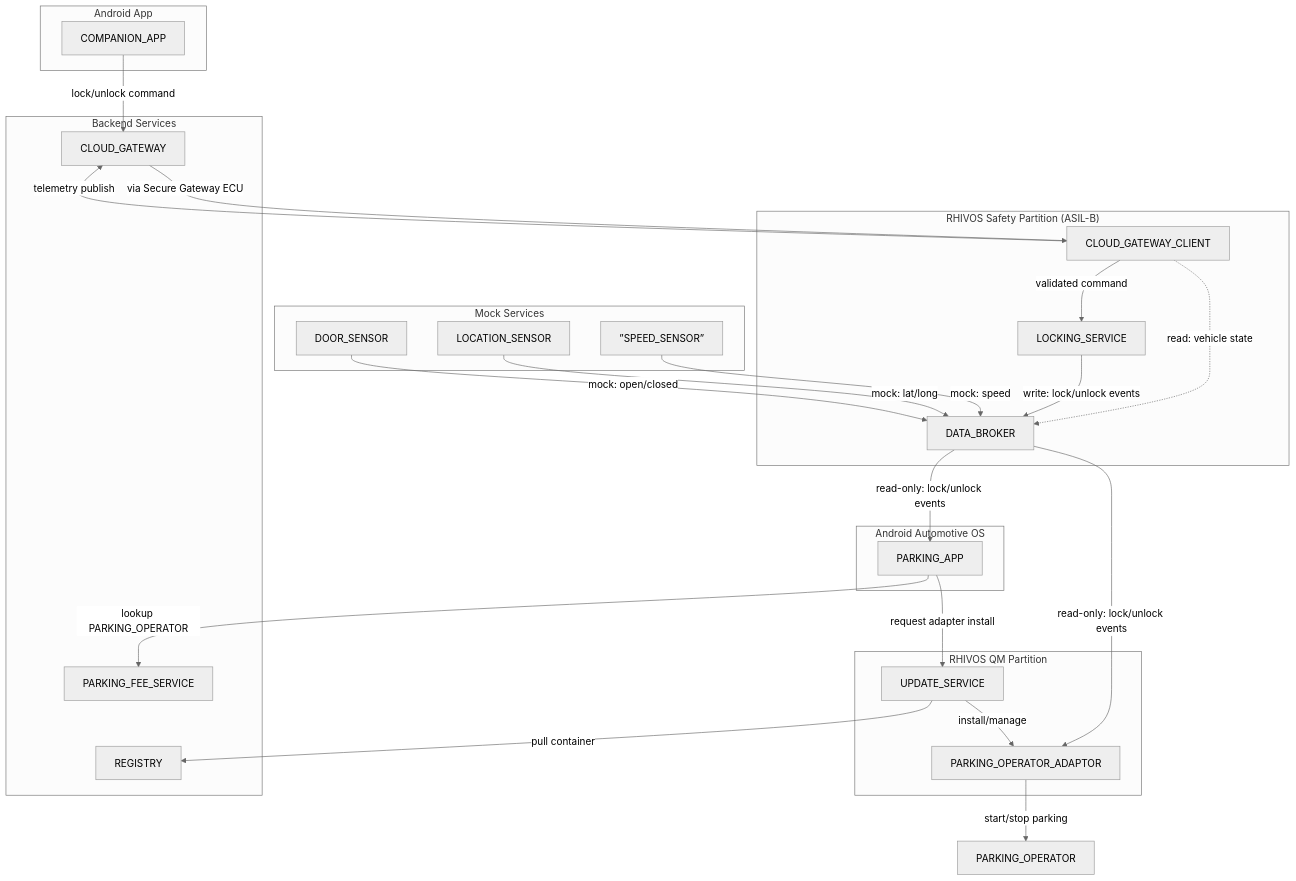
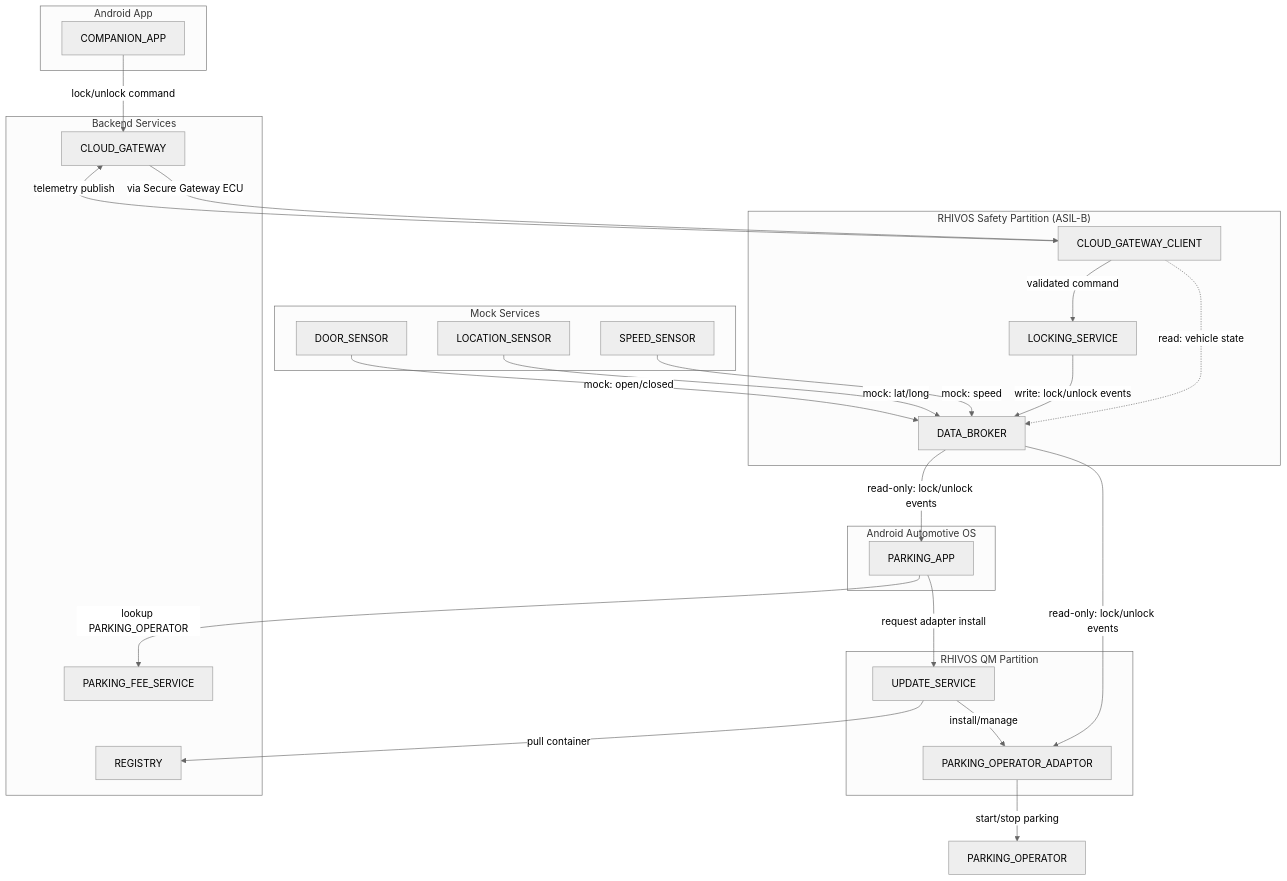
The diagram in prd.md (rhadp/parking-fee-service), drawn with Mermaid (neutral theme) before and after one commit.

Commit message:
updated the component diagram

````diff
--- a/prd.md
+++ b/prd.md
@@ -76,58 +76,58 @@
 ```mermaid
 flowchart TD
 subgraph AAOS["Android Automotive OS"]
 	ParkingApp["PARKING_APP"]
 end
 
 subgraph Android["Android App"]
 	CompanionApp["COMPANION_APP"]
 end
 
 subgraph RHIVOS_Safety["RHIVOS Safety Partition (ASIL-B)"]
   LockingService["LOCKING_SERVICE"]
   DataBroker["DATA_BROKER"]
   CloudGatewayClient["CLOUD_GATEWAY_CLIENT"]
 end
 
 subgraph RHIVOS_QM["RHIVOS QM Partition"]
   Adaptor["PARKING_OPERATOR_ADAPTOR"]
   UpdateService["UPDATE_SERVICE"]
 end
 
 subgraph Cloud["Backend Services"]
   ParkingFeeService["PARKING_FEE_SERVICE"]
   Registry["REGISTRY"]
   CloudGateway["CLOUD_GATEWAY"]
 end
 
 subgraph MockServices["Mock Services"]
   LocationSensor["LOCATION_SENSOR"]
-  SpeedSensor[”SPEED_SENSOR”]
+  SpeedSensor["SPEED_SENSOR"]
   DoorSensor["DOOR_SENSOR"]
 end
 
 CompanionApp -->|"lock/unlock command"| CloudGateway
 CloudGateway -->|"via Secure Gateway ECU"| CloudGatewayClient
 
 CloudGatewayClient -->|"validated command"| LockingService
 CloudGatewayClient -->|"telemetry publish"| CloudGateway
 CloudGatewayClient -.->|"read: vehicle state"| DataBroker
 
 LockingService -->|"write: lock/unlock events"| DataBroker
 
 DataBroker -->|"read-only: lock/unlock events"| ParkingApp
 DataBroker -->|"read-only: lock/unlock events"| Adaptor
 
 ParkingApp -->|"lookup PARKING_OPERATOR"| ParkingFeeService
 ParkingApp -->|"request adapter install"| UpdateService
 
 UpdateService -->|"pull container"| Registry
 UpdateService -->|"install/manage"| Adaptor
 
 Adaptor -->|"start/stop parking"| PARKING_OPERATOR["PARKING_OPERATOR"]
 
 SpeedSensor --> |"mock: speed"| DataBroker
 LocationSensor --> |"mock: lat/long"| DataBroker
 DoorSensor --> |"mock: open/closed"| DataBroker
 
 ```
````
